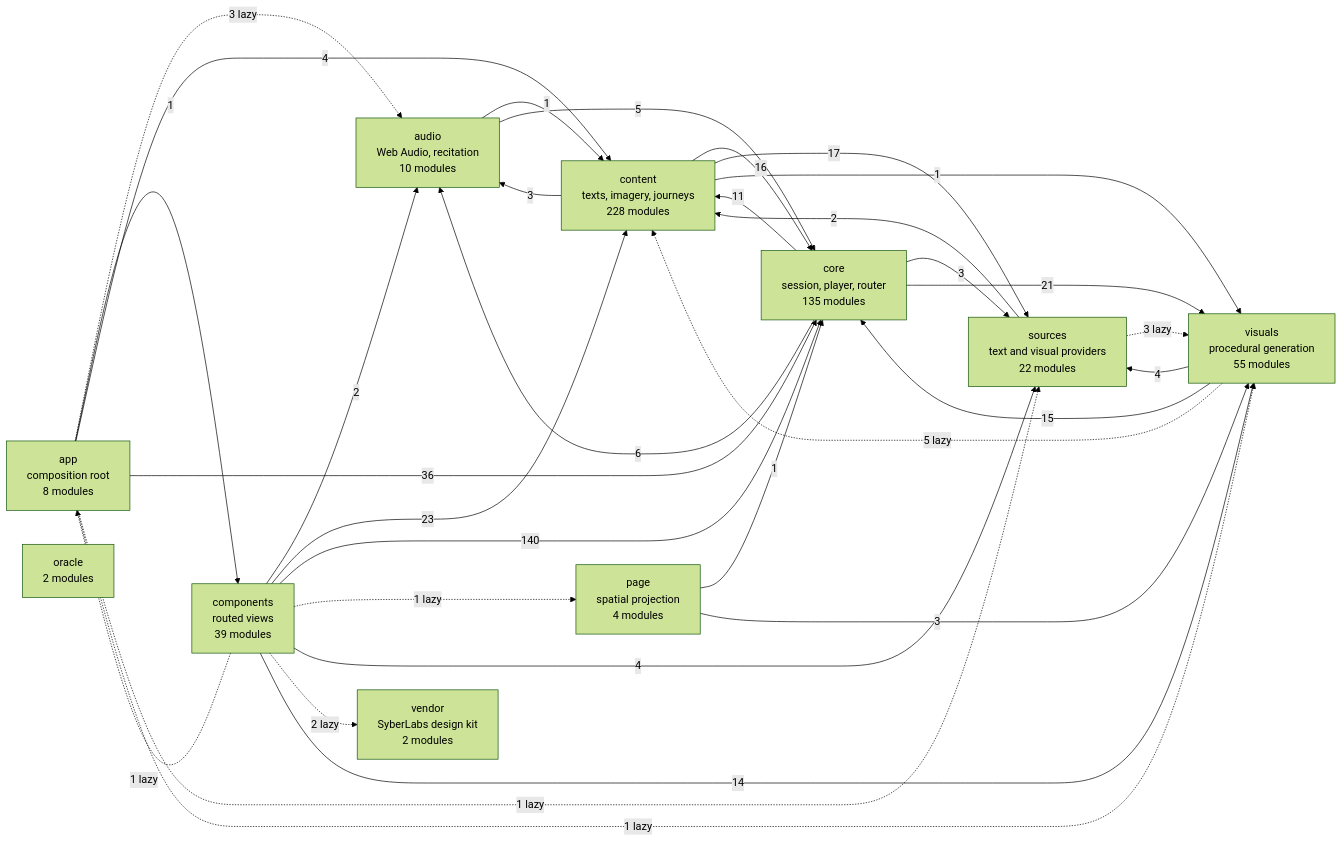
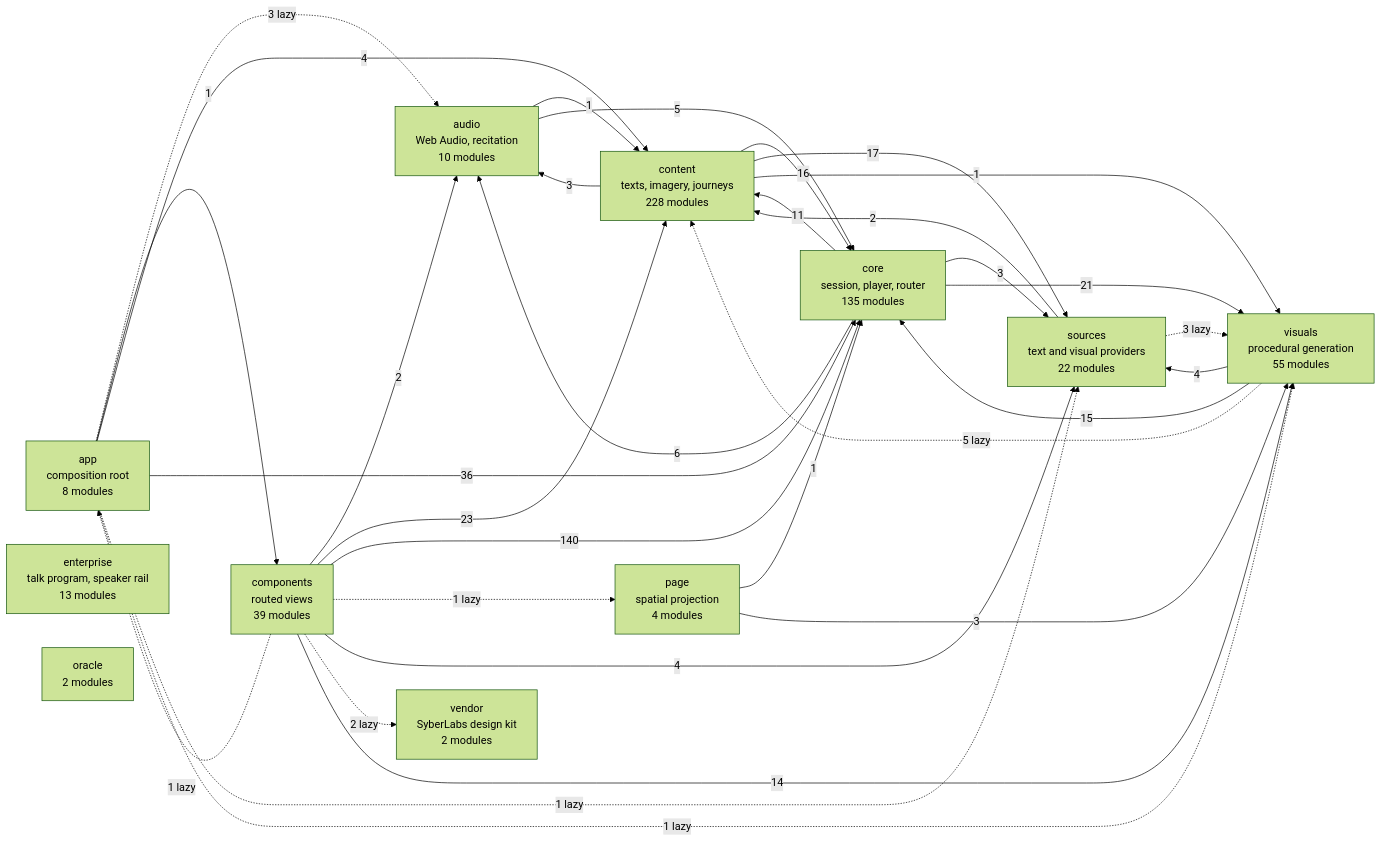
Before and after one commit to SyberLabs/RISE: the diagram in docs/specs/ARCHITECTURE.md, drawn with Mermaid (forest theme). The commit also changed other lines of this file and 17 other files, not shown here.

First line of the commit message:
Add the EnterpRise speaker rail for a prepared talk

````diff
--- a/docs/specs/ARCHITECTURE.md
+++ b/docs/specs/ARCHITECTURE.md
@@ -160,45 +160,46 @@
 ```mermaid
 flowchart LR
     app["app<br/>composition root<br/>8 modules"]
     audio["audio<br/>Web Audio, recitation<br/>10 modules"]
     components["components<br/>routed views<br/>39 modules"]
     content["content<br/>texts, imagery, journeys<br/>228 modules"]
     core["core<br/>session, player, router<br/>135 modules"]
+    enterprise["enterprise<br/>talk program, speaker rail<br/>13 modules"]
     oracle["oracle<br/>2 modules"]
     page["page<br/>spatial projection<br/>4 modules"]
     sources["sources<br/>text and visual providers<br/>22 modules"]
     vendor["vendor<br/>SyberLabs design kit<br/>2 modules"]
     visuals["visuals<br/>procedural generation<br/>55 modules"]
 
     app -.-> |3 lazy| audio
     app --> |1| components
     app --> |4| content
     app --> |36| core
     app -.-> |1 lazy| sources
     app -.-> |1 lazy| visuals
     audio --> |1| content
     audio --> |5| core
     components -.-> |1 lazy| app
     components --> |2| audio
     components --> |23| content
     components --> |140| core
     components -.-> |1 lazy| page
     components --> |4| sources
     components -.-> |2 lazy| vendor
     components --> |14| visuals
     content --> |3| audio
     content --> |16| core
     content --> |17| sources
     content --> |1| visuals
     core --> |6| audio
     core --> |11| content
     core --> |3| sources
     core --> |21| visuals
     page --> |1| core
     page --> |3| visuals
     sources --> |2| content
     sources -.-> |3 lazy| visuals
     visuals -.-> |5 lazy| content
     visuals --> |15| core
     visuals --> |4| sources
 ```
````
